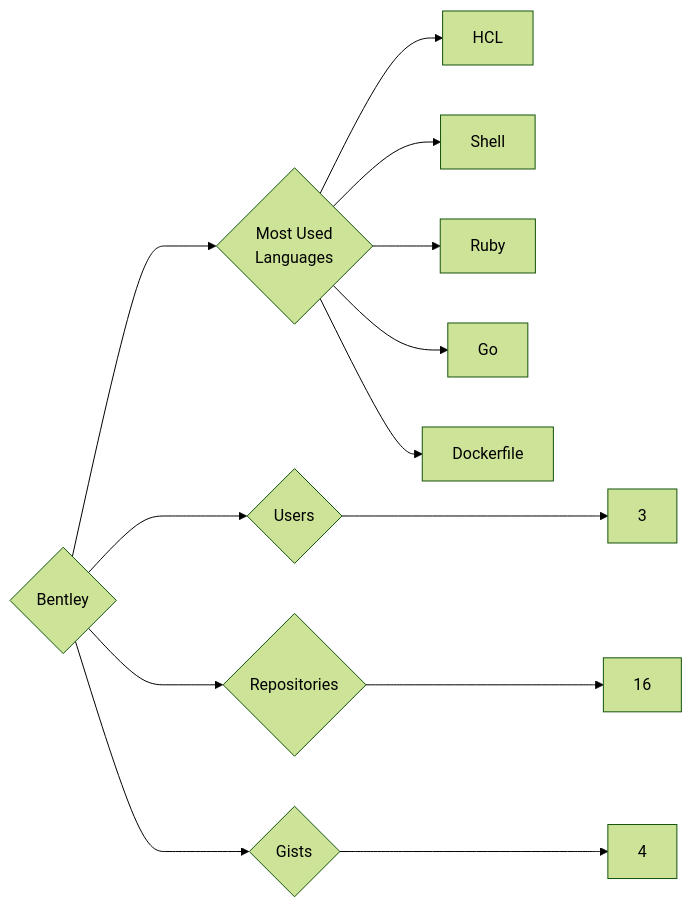
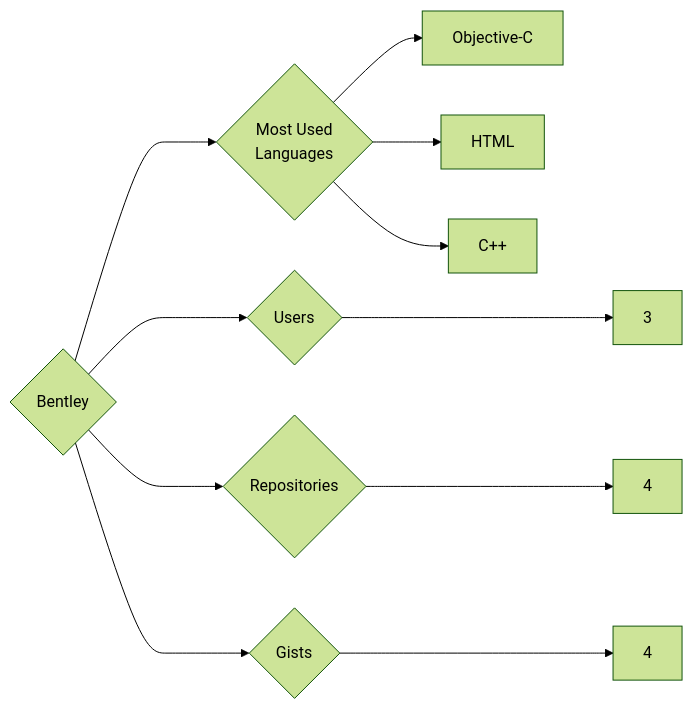
The diagram in targets/Bentley/README.md (trickest/insiders), drawn with Mermaid (forest theme) before and after one commit. The commit also changed 1149 other files, not shown here.

````diff
--- a/targets/Bentley/README.md
+++ b/targets/Bentley/README.md
@@ -3,13 +3,11 @@
 ```mermaid
 graph LR
 COMPANY_NAME{Bentley}
 COMPANY_NAME ---> U{Users} ---> UN[3]
-COMPANY_NAME ---> R{Repositories} ---> RN[16]
+COMPANY_NAME ---> R{Repositories} ---> RN[4]
 COMPANY_NAME ---> G{Gists} ---> GN[4]
 COMPANY_NAME ---> ML{Most Used<br>Languages}
-ML --> HCL[HCL]
-ML --> Shell[Shell]
-ML --> Ruby[Ruby]
-ML --> Go[Go]
-ML --> Dockerfile[Dockerfile]
+ML --> Objective-C[Objective-C]
+ML --> HTML[HTML]
+ML --> C++[C++]
 ```
````
